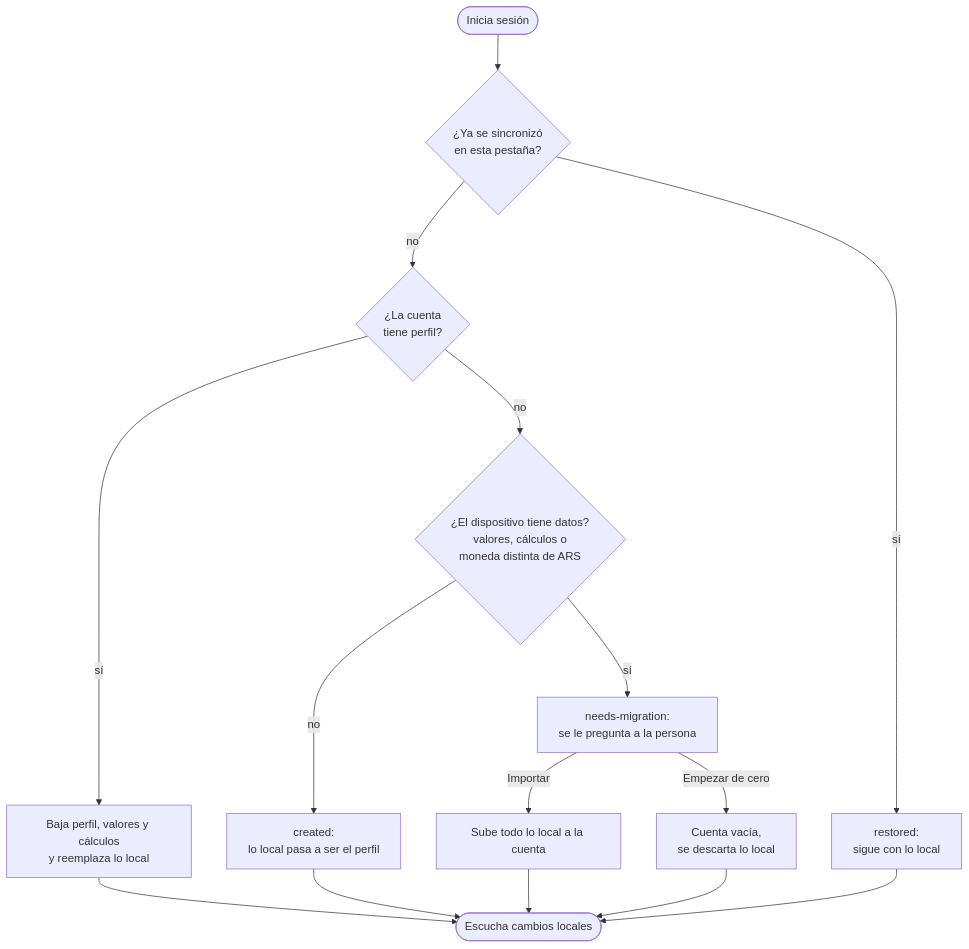
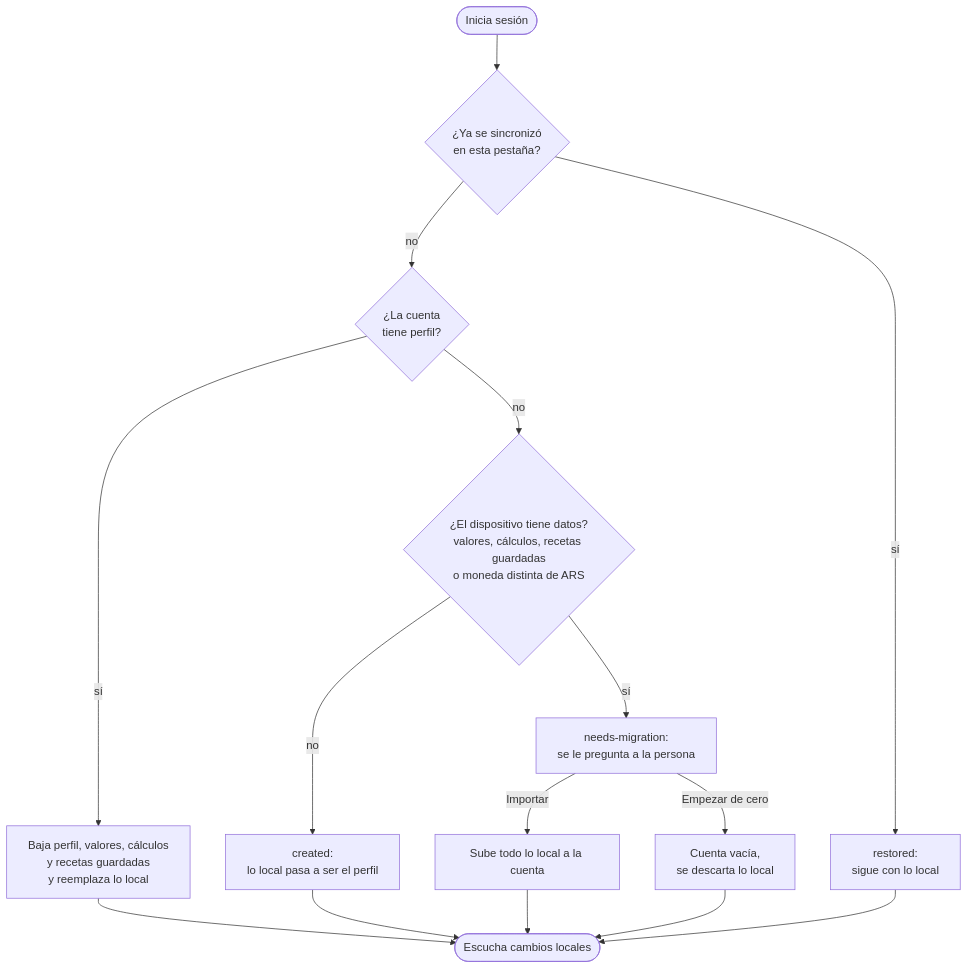
The first of 2 diagrams in src/content/docs/como-funciona/sincronizacion.md (inzumer/milimon-docs), drawn with Mermaid before and after one commit. The commit also changed other lines of this file and 1 other file, not shown here.

Commit message:
docs: saved recipes in the account sync and the API routes

````diff
--- a/src/content/docs/como-funciona/sincronizacion.md
+++ b/src/content/docs/como-funciona/sincronizacion.md
@@ -13,18 +13,18 @@
 ```mermaid
 flowchart TD
   inicio([Inicia sesión]) --> yaSync{¿Ya se sincronizó<br/>en esta pestaña?}
   yaSync -- sí --> restaurada[restored:<br/>sigue con lo local]
   yaSync -- no --> perfil{¿La cuenta<br/>tiene perfil?}
-  perfil -- sí --> bajar[Baja perfil, valores y cálculos<br/>y reemplaza lo local]
-  perfil -- no --> datos{¿El dispositivo tiene datos?<br/>valores, cálculos o<br/>moneda distinta de ARS}
+  perfil -- sí --> bajar[Baja perfil, valores, cálculos<br/>y recetas guardadas<br/>y reemplaza lo local]
+  perfil -- no --> datos{¿El dispositivo tiene datos?<br/>valores, cálculos, recetas guardadas<br/>o moneda distinta de ARS}
   datos -- no --> crear[created:<br/>lo local pasa a ser el perfil]
   datos -- sí --> preguntar[needs-migration:<br/>se le pregunta a la persona]
   preguntar -- Importar --> subir[Sube todo lo local a la cuenta]
   preguntar -- Empezar de cero --> limpio[Cuenta vacía,<br/>se descarta lo local]
   bajar --> escuchar
   crear --> escuchar
   subir --> escuchar
   limpio --> escuchar
   restaurada --> escuchar
   escuchar([Escucha cambios locales])
 ```
````
